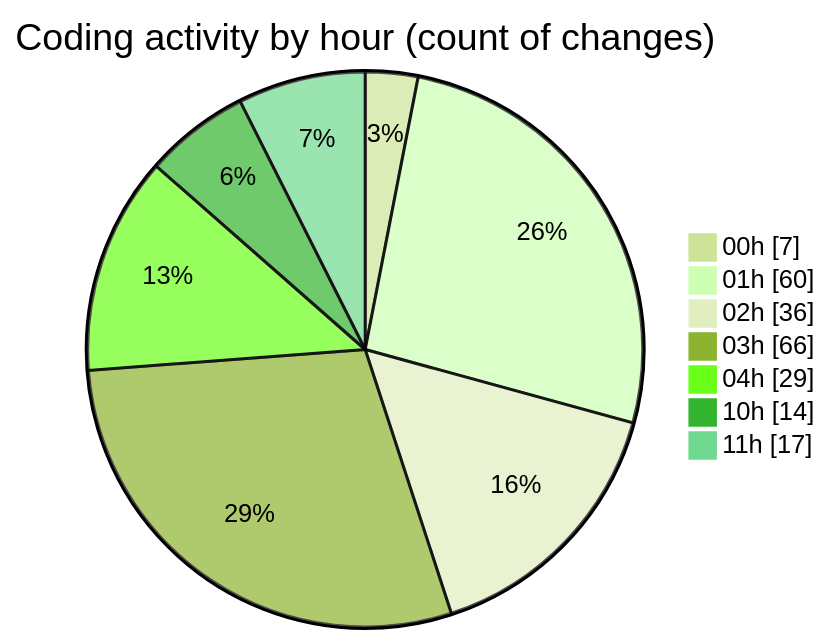
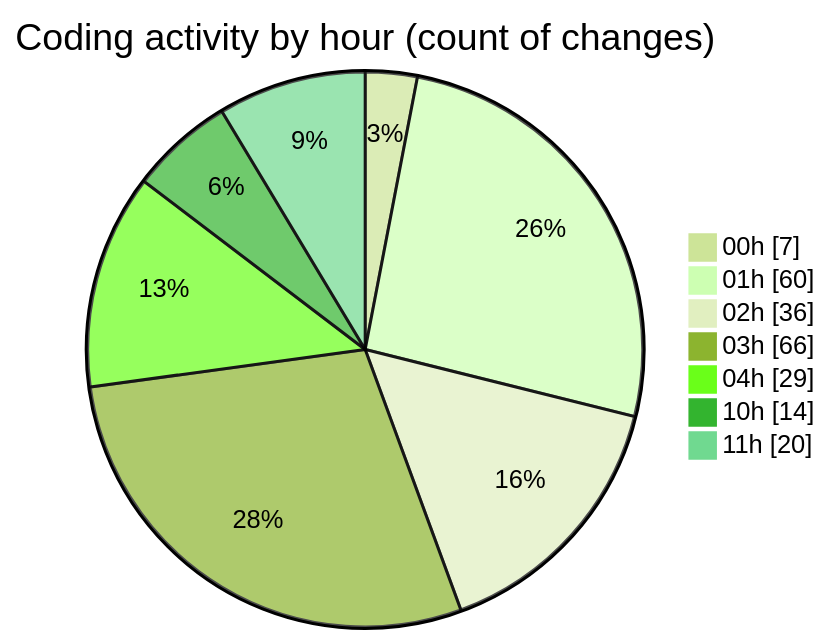
One commit to julien-gomy/code-tracking changed the second of 2 diagrams in 2025-10-07/eventscop-frontend-guide__workspace_/README.md. Above: the diagram before and after it, drawn with Mermaid (forest theme). The commit also changed other lines of this file and 1 other file, not shown here.

````diff
--- a/2025-10-07/eventscop-frontend-guide__workspace_/README.md
+++ b/2025-10-07/eventscop-frontend-guide__workspace_/README.md
@@ -103,11 +104,11 @@
 ```mermaid
 pie showData
 title Coding activity by hour (count of changes)
 "00h" : 7
 "01h" : 60
 "02h" : 36
 "03h" : 66
 "04h" : 29
 "10h" : 14
-"11h" : 17
+"11h" : 20
 ```
````
